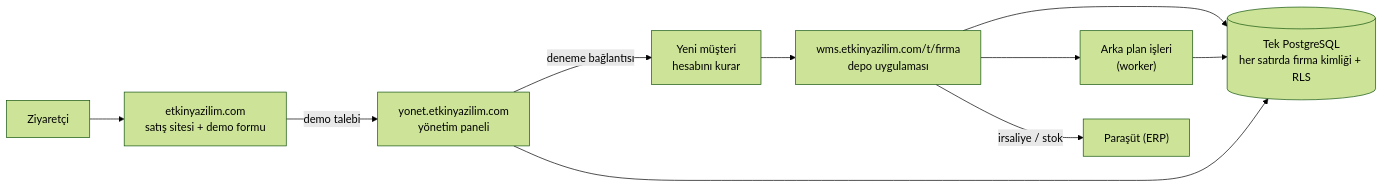
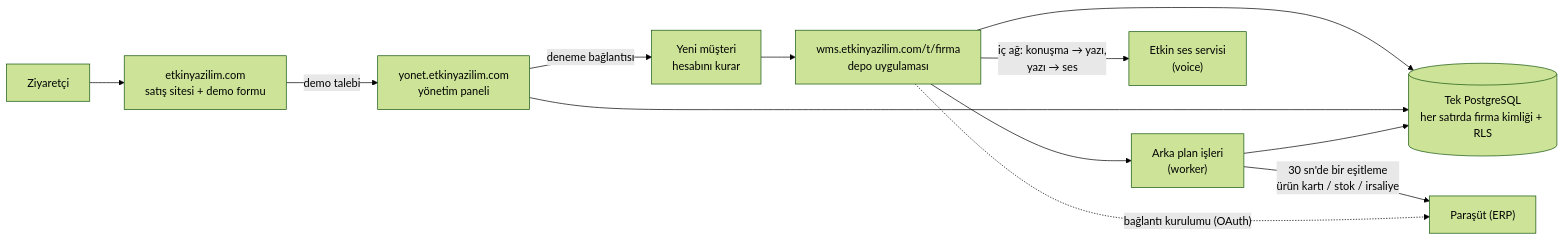
One commit to shosgoren/EtkinWMS changed the diagram in docs/fonksiyonel-mimari/README.md. Above: the diagram before and after it, drawn with Mermaid (forest theme). The commit also changed other lines of this file and 10 other files, not shown here.

````diff
--- a/docs/fonksiyonel-mimari/README.md
+++ b/docs/fonksiyonel-mimari/README.md
@@ -34,12 +34,14 @@
 ```mermaid
 flowchart LR
   Z["Ziyaretçi"] --> S["etkinyazilim.com<br/>satış sitesi + demo formu"]
   S -->|demo talebi| P["yonet.etkinyazilim.com<br/>yönetim paneli"]
   P -->|deneme bağlantısı| A["Yeni müşteri<br/>hesabını kurar"]
   A --> W["wms.etkinyazilim.com/t/firma<br/>depo uygulaması"]
   W --> DB[("Tek PostgreSQL<br/>her satırda firma kimliği + RLS")]
   P --> DB
   W --> WK["Arka plan işleri<br/>(worker)"]
   WK --> DB
-  W -->|irsaliye / stok| ERP["Paraşüt (ERP)"]
+  WK -->|"30 sn'de bir eşitleme<br/>ürün kartı / stok / irsaliye"| ERP["Paraşüt (ERP)"]
+  W -.->|"bağlantı kurulumu (OAuth)"| ERP
+  W -->|"iç ağ: konuşma → yazı,<br/>yazı → ses"| V["Etkin ses servisi<br/>(voice)"]
 ```
````
